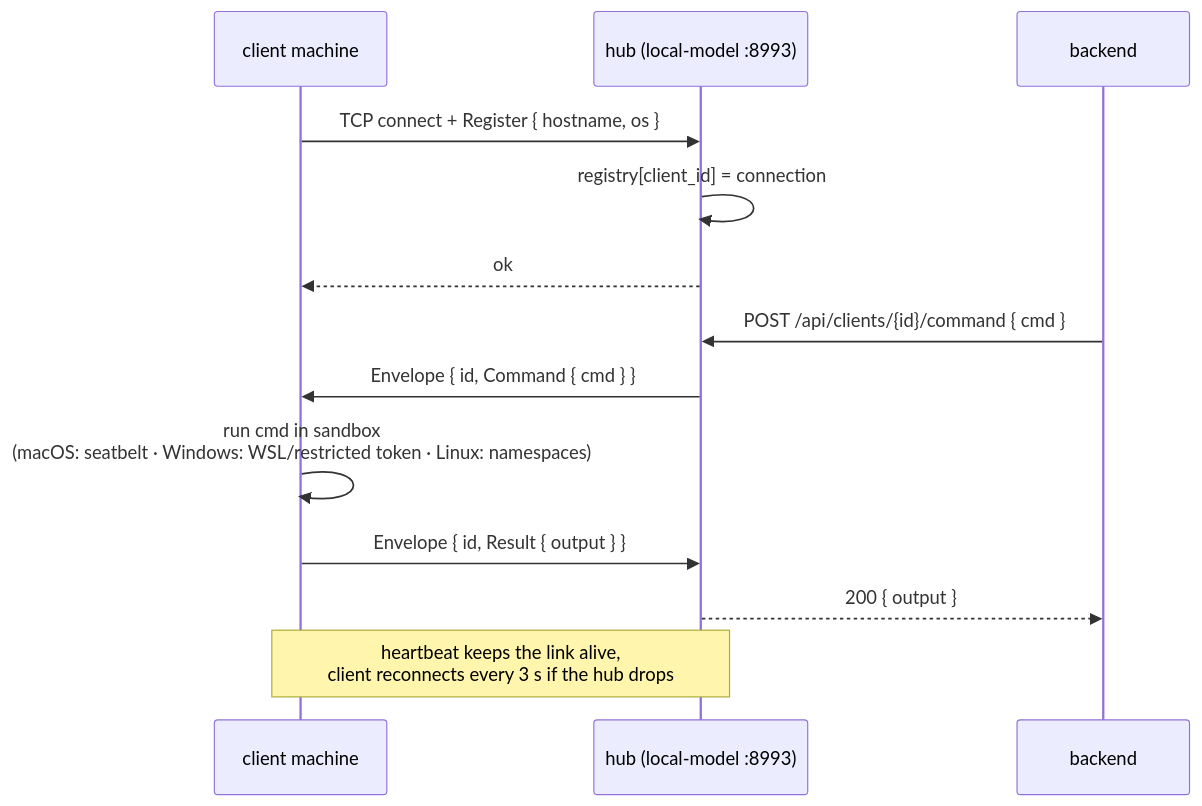
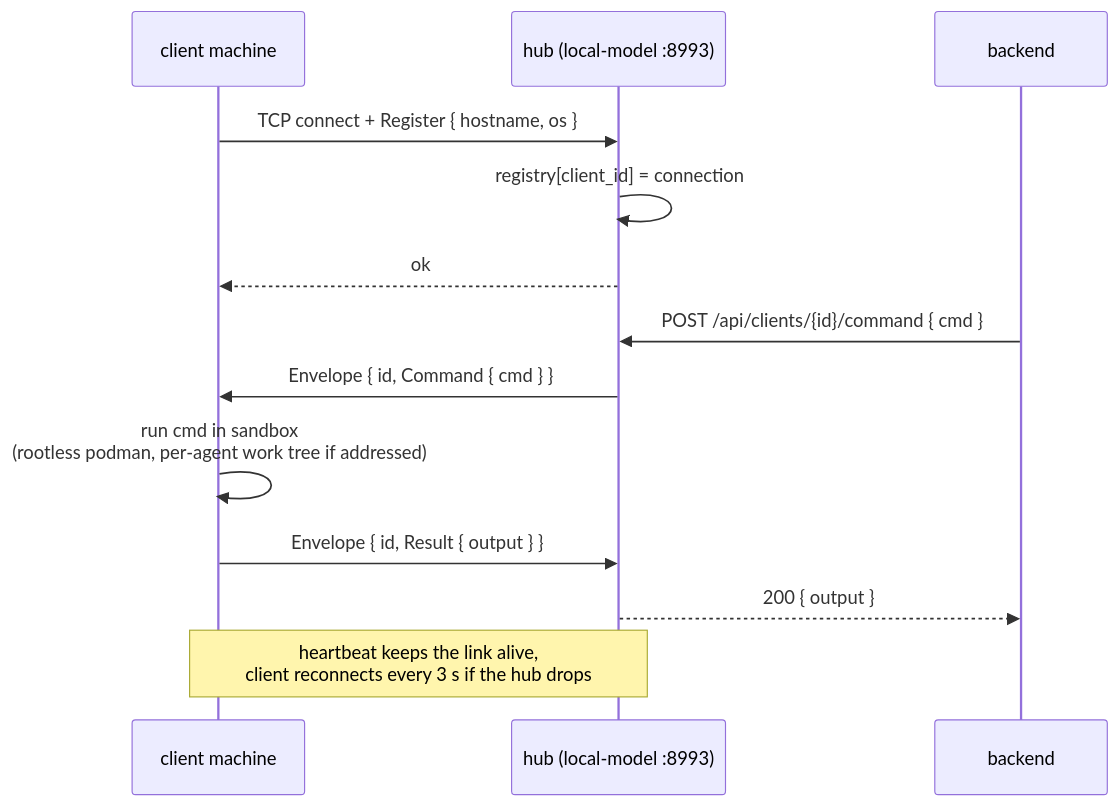
The third of 9 diagrams in docs/remote-clients.md (lidm0707/susutaku), drawn with Mermaid before and after one commit. The commit also changed other lines of this file and 195 other files, not shown here.

````diff
--- a/docs/remote-clients.md
+++ b/docs/remote-clients.md
@@ -62,15 +70,15 @@
 ```mermaid
 sequenceDiagram
     participant C as client machine
     participant H as hub (local-model :8993)
     participant B as backend
     C->>H: TCP connect + Register { hostname, os }
     H->>H: registry[client_id] = connection
     H-->>C: ok
     B->>H: POST /api/clients/{id}/command { cmd }
     H->>C: Envelope { id, Command { cmd } }
-    C->>C: run cmd in sandbox<br/>(macOS: seatbelt · Windows: WSL/restricted token · Linux: namespaces)
+    C->>C: run cmd in sandbox<br/>(rootless podman, per-agent work tree if addressed)
     C->>H: Envelope { id, Result { output } }
     H-->>B: 200 { output }
     Note over C,H: heartbeat keeps the link alive,<br/>client reconnects every 3 s if the hub drops
 ```
````
